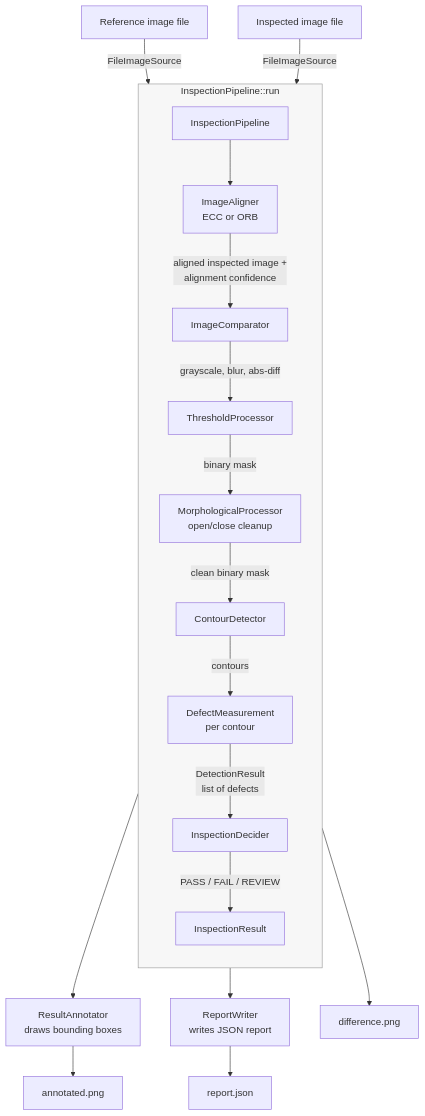
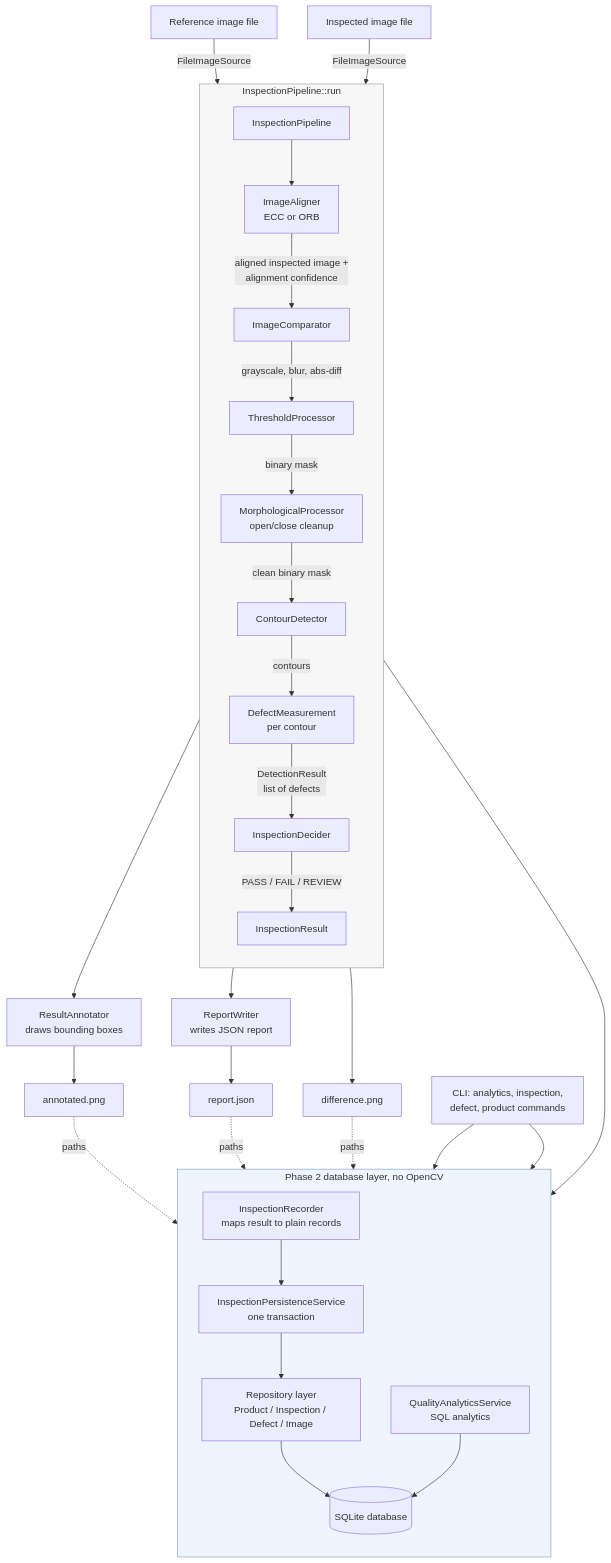
Before and after one commit to ObsidianHonorCoders/optinspect-cpp-industrial-vision: the diagram in docs/architecture.md, drawn with Mermaid. The commit also changed other lines of this file and 58 other files, not shown here.

````diff
--- a/docs/architecture.md
+++ b/docs/architecture.md
@@ -40,25 +48,40 @@
 ```mermaid
 flowchart TD
     A[Reference image file] -->|FileImageSource| C[InspectionPipeline]
     B[Inspected image file] -->|FileImageSource| C
 
     subgraph Pipeline [InspectionPipeline::run]
         direction TB
         C --> D[ImageAligner<br/>ECC or ORB]
         D -->|aligned inspected image +<br/>alignment confidence| E[ImageComparator]
         E -->|grayscale, blur, abs-diff| F[ThresholdProcessor]
         F -->|binary mask| G[MorphologicalProcessor<br/>open/close cleanup]
         G -->|clean binary mask| H[ContourDetector]
         H -->|contours| I[DefectMeasurement<br/>per contour]
         I -->|DetectionResult<br/>list of defects| J[InspectionDecider]
         J -->|PASS / FAIL / REVIEW| K[InspectionResult]
     end
 
     K --> L[ResultAnnotator<br/>draws bounding boxes]
     K --> M[ReportWriter<br/>writes JSON report]
     L --> N[annotated.png]
     M --> O[report.json]
     E --> P[difference.png]
 
+    K --> R[InspectionRecorder<br/>maps result to plain records]
+    N -.paths.-> R
+    O -.paths.-> R
+    P -.paths.-> R
+    subgraph Persistence [Phase 2 database layer, no OpenCV]
+        direction TB
+        R --> S[InspectionPersistenceService<br/>one transaction]
+        S --> T[Repository layer<br/>Product / Inspection / Defect / Image]
+        T --> U[(SQLite database)]
+        V[QualityAnalyticsService<br/>SQL analytics] --> U
+    end
+    W[CLI: analytics, inspection,<br/>defect, product commands] --> T
+    W --> V
+
     style Pipeline fill:#f7f7f7,stroke:#999
+    style Persistence fill:#eef5ff,stroke:#7a9cc6
 ```
````
